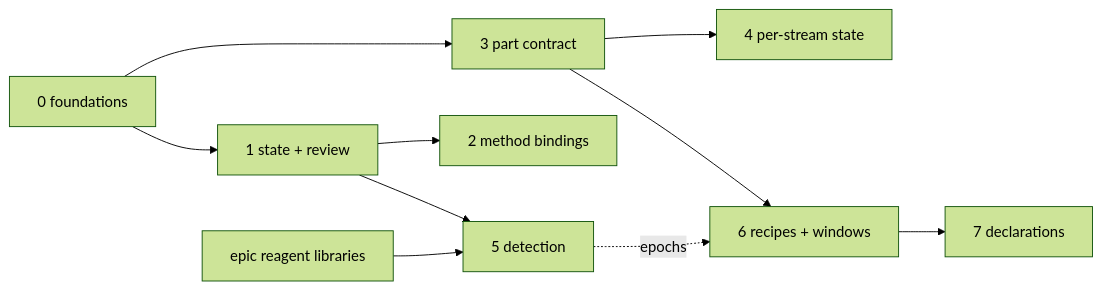
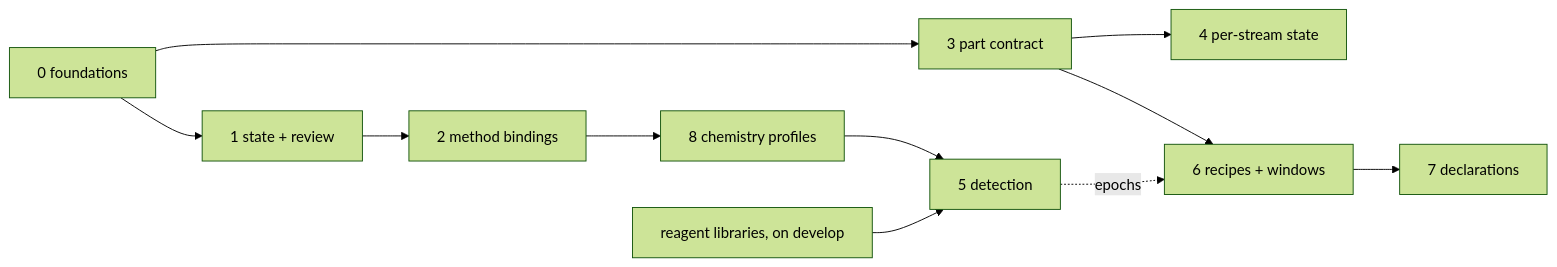
One commit to ultra-trace-systems/mascope changed the second of 2 diagrams in docs/dev/ingest_routing_and_splitting.md. Above: the diagram before and after it, drawn with Mermaid (forest theme). The commit also changed other lines of this file, not shown here.

First line of the commit message:
docs(ingest): the chemistry profile is the unit, and a learned binding routes below the token

````diff
--- a/docs/dev/ingest_routing_and_splitting.md
+++ b/docs/dev/ingest_routing_and_splitting.md
@@ -1161,12 +1320,13 @@
 ```mermaid
 graph LR
     P0[0 foundations] --> P1[1 state + review]
     P0 --> P3[3 part contract]
     P1 --> P2[2 method bindings]
+    P2 --> P8[8 chemistry profiles]
     P3 --> P4[4 per-stream state]
-    P1 --> P5[5 detection]
-    E[epic reagent libraries] --> P5
+    P8 --> P5[5 detection]
+    E[reagent libraries, on develop] --> P5
     P3 --> P6[6 recipes + windows]
     P5 -.epochs.-> P6
     P6 --> P7[7 declarations]
 ```
````
